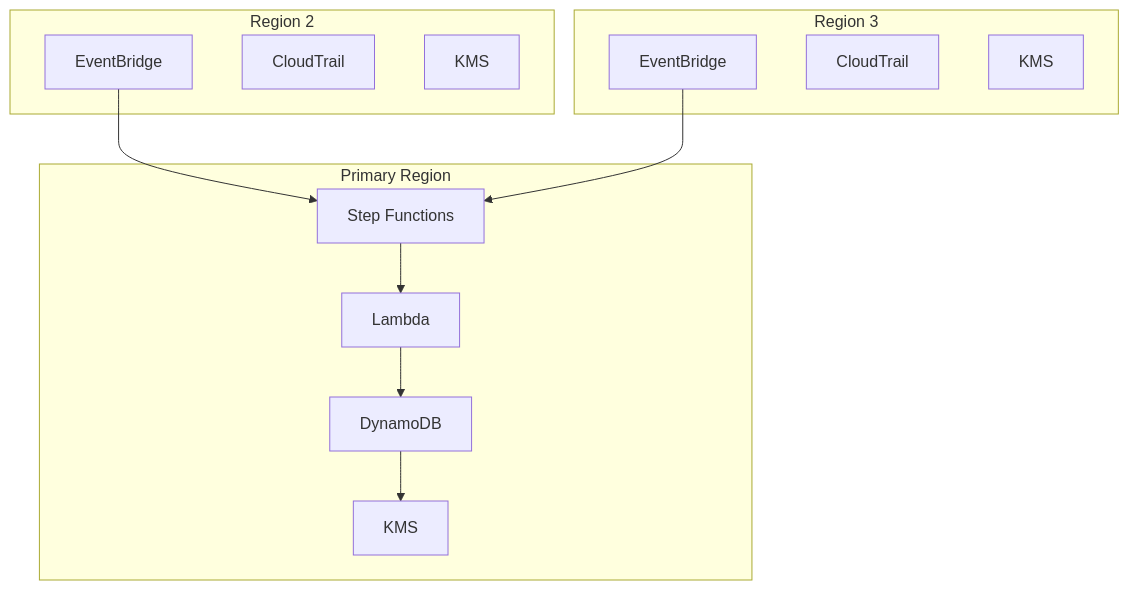
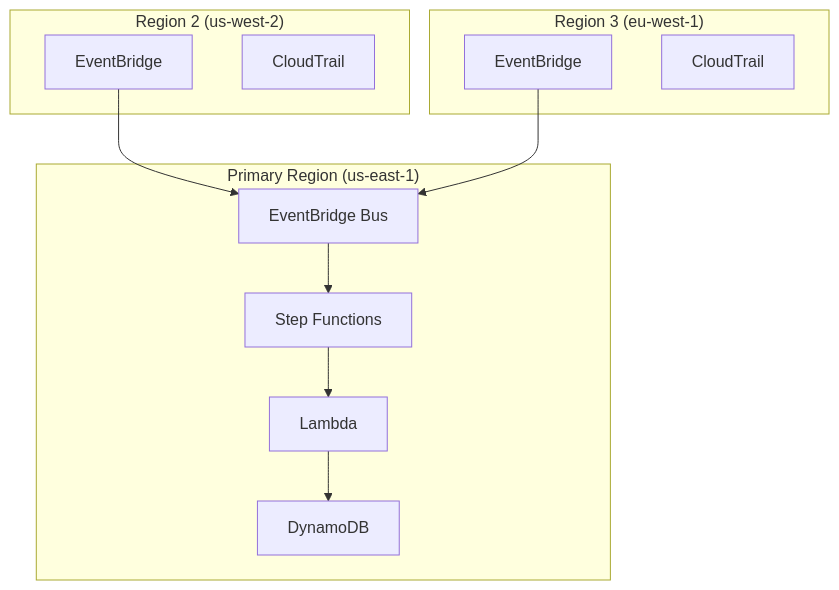
Before and after one commit to nelssec/qualys-fargate: the third of 5 diagrams in docs/blog-technical-architecture.md, drawn with Mermaid. The commit also changed other lines of this file and 6 other files, not shown here.

````diff
--- a/docs/blog-technical-architecture.md
+++ b/docs/blog-technical-architecture.md
@@ -157,26 +174,23 @@
 ```mermaid
 flowchart TB
-    subgraph primary["Primary Region"]
+    subgraph primary["Primary Region (us-east-1)"]
+        BUS[EventBridge Bus]
         SF[Step Functions]
         LAMBDA[Lambda]
         DDB[DynamoDB]
-        KMS1[KMS]
     end
 
-    subgraph spoke1["Region 2"]
+    subgraph spoke1["Region 2 (us-west-2)"]
         EB1[EventBridge]
         CT1[CloudTrail]
-        KMS2[KMS]
     end
 
-    subgraph spoke2["Region 3"]
+    subgraph spoke2["Region 3 (eu-west-1)"]
         EB2[EventBridge]
         CT2[CloudTrail]
-        KMS3[KMS]
     end
 
-    EB1 --> SF
-    EB2 --> SF
-    SF --> LAMBDA --> DDB
-    DDB --> KMS1
+    EB1 --> BUS
+    EB2 --> BUS
+    BUS --> SF --> LAMBDA --> DDB
 ```
````
